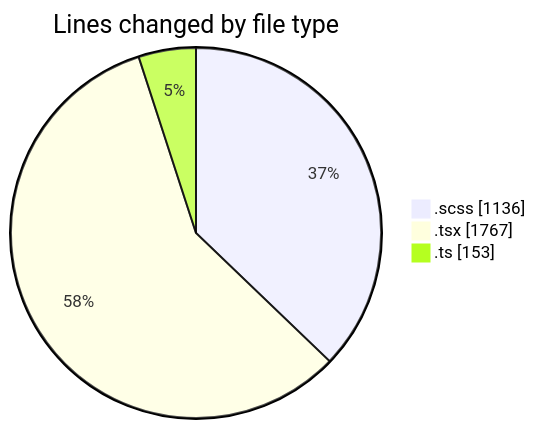
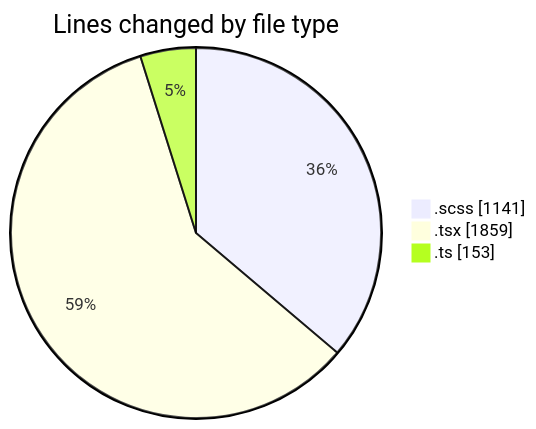
The first of 2 diagrams in 2025-03-28/cda/README.md (momahboobian/code-tracking), drawn with Mermaid before and after one commit. The commit also changed other lines of this file and 1 other file, not shown here.

````diff
--- a/2025-03-28/cda/README.md
+++ b/2025-03-28/cda/README.md
@@ -28,7 +29,7 @@
 ```mermaid
 pie showData
 title Lines changed by file type
-".scss" : 1136
-".tsx" : 1767
+".scss" : 1141
+".tsx" : 1859
 ".ts" : 153
 ```
````
